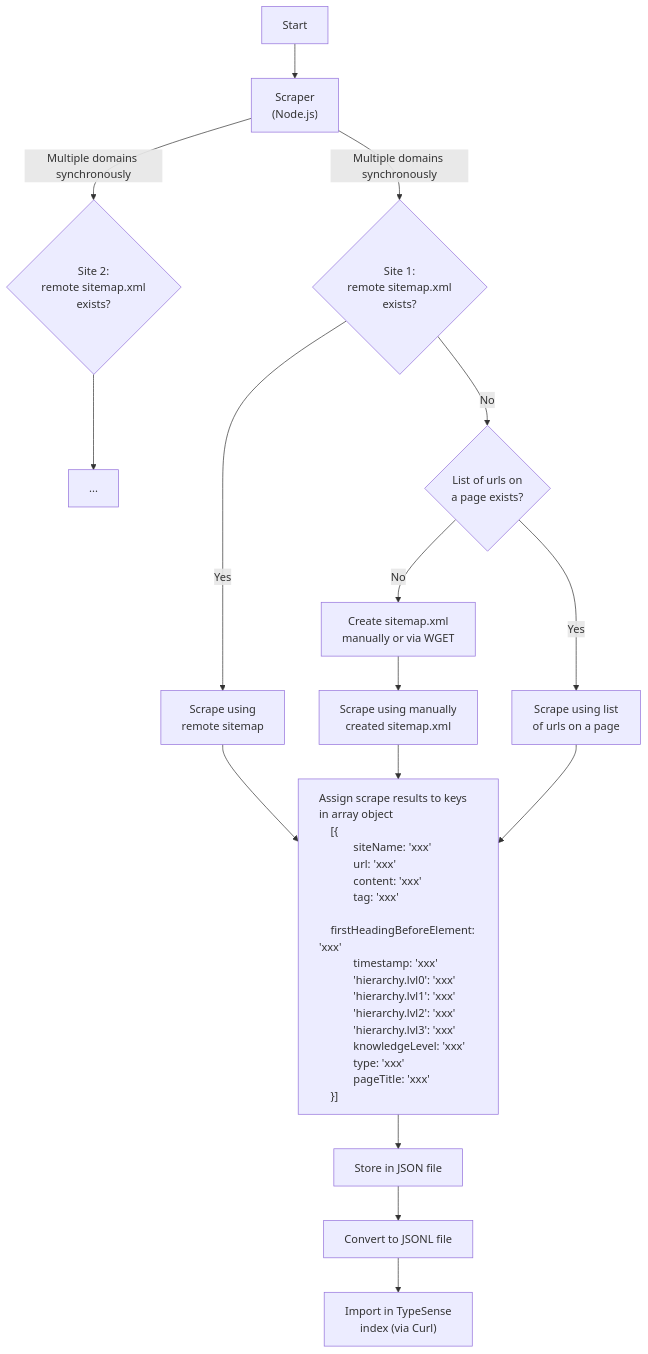
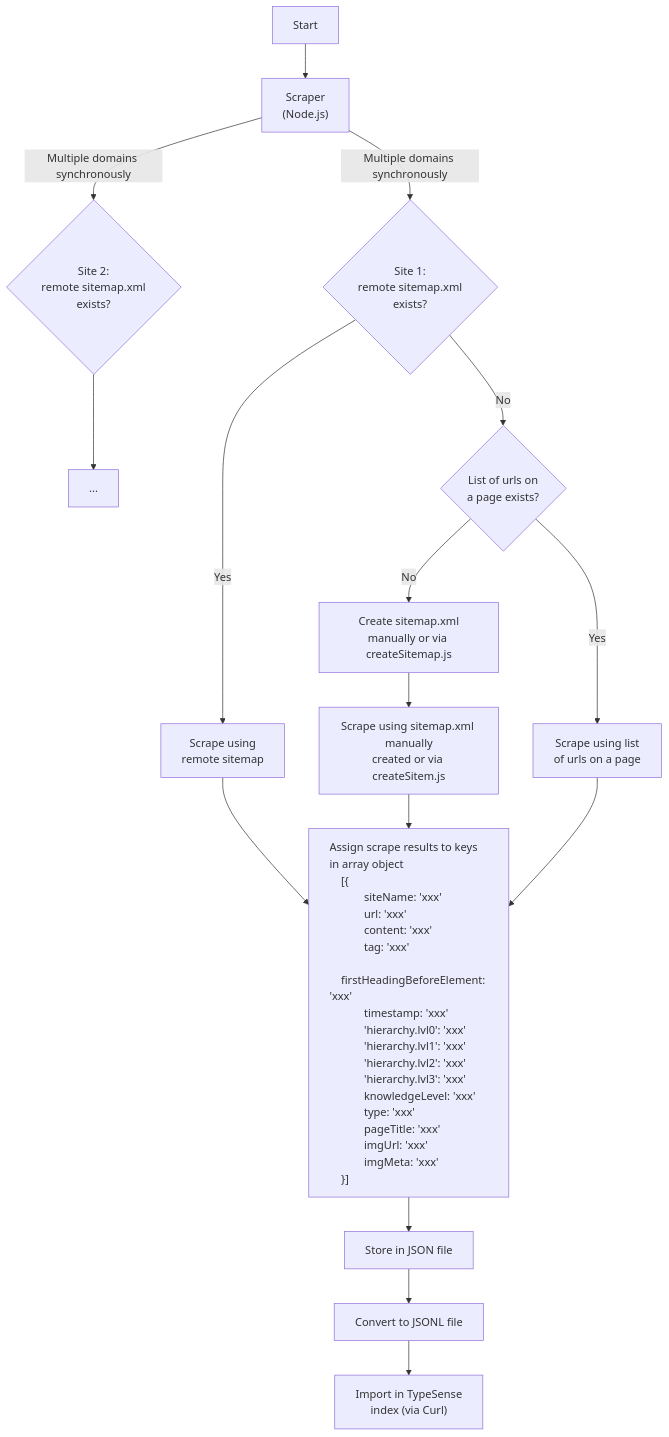
One commit to WebOfTrust/WOT-terms changed the diagram in docs/How we did/Create-search-index.md. Above: the diagram before and after it, drawn with Mermaid.

Commit message:
New info

````diff
--- a/docs/How we did/Create-search-index.md
+++ b/docs/How we did/Create-search-index.md
@@ -3,52 +3,54 @@
 ```mermaid
 
 graph TD
     Start -->
 
     Scraper["Scraper\n(Node.js)"]
     
     Scraper -->|Multiple domains synchronously|N{"Site 1: \n remote sitemap.xml\nexists?"}
     
     Scraper --> |Multiple domains synchronously|M{"Site 2: \n remote sitemap.xml\nexists?"} --> ...
     
     N --> |Yes| B[Scrape using\nremote sitemap]
     
     N --> |No| O{"List of urls on\na page exists?"} 
     
     O --> |Yes| P[Scrape using list\nof urls on a page]
 
-    O --> |No| sdf["Create sitemap.xml\nmanually or via WGET"]
+    O --> |No| sdf["Create sitemap.xml\nmanually or via createSitemap.js"]
 
-    sdf --> fgkwiw["Scrape using manually\ncreated sitemap.xml"]
+    sdf --> fgkwiw["Scrape using sitemap.xml manually\ncreated or via createSitem.js"]
 
     assignKeys["Assign scrape results to keys in array object
     [{
         &nbsp;&nbsp;&nbsp;&nbsp;siteName: 'xxx'
         &nbsp;&nbsp;&nbsp;&nbsp;url: 'xxx'
         &nbsp;&nbsp;&nbsp;&nbsp;content: 'xxx'
         &nbsp;&nbsp;&nbsp;&nbsp;tag: 'xxx'
         &nbsp;&nbsp;&nbsp;&nbsp;firstHeadingBeforeElement: 'xxx'
         &nbsp;&nbsp;&nbsp;&nbsp;timestamp: 'xxx'
         &nbsp;&nbsp;&nbsp;&nbsp;'hierarchy.lvl0': 'xxx'
         &nbsp;&nbsp;&nbsp;&nbsp;'hierarchy.lvl1': 'xxx'
         &nbsp;&nbsp;&nbsp;&nbsp;'hierarchy.lvl2': 'xxx'
         &nbsp;&nbsp;&nbsp;&nbsp;'hierarchy.lvl3': 'xxx'
         &nbsp;&nbsp;&nbsp;&nbsp;knowledgeLevel: 'xxx'
         &nbsp;&nbsp;&nbsp;&nbsp;type: 'xxx'
         &nbsp;&nbsp;&nbsp;&nbsp;pageTitle: 'xxx'
+        &nbsp;&nbsp;&nbsp;&nbsp;imgUrl: 'xxx'
+        &nbsp;&nbsp;&nbsp;&nbsp;imgMeta: 'xxx'
     }]
 "]
 style assignKeys text-align: left
     
     B --> assignKeys
     fgkwiw --> assignKeys
     P --> assignKeys
     
     assignKeys --> storeJson["Store in JSON file"]
     storeJson --> storeJsonl["Convert to JSONL file"]
     storeJsonl --> Import["Import in TypeSense\nindex (via Curl)"]
     
 
 
 
 ```
````
